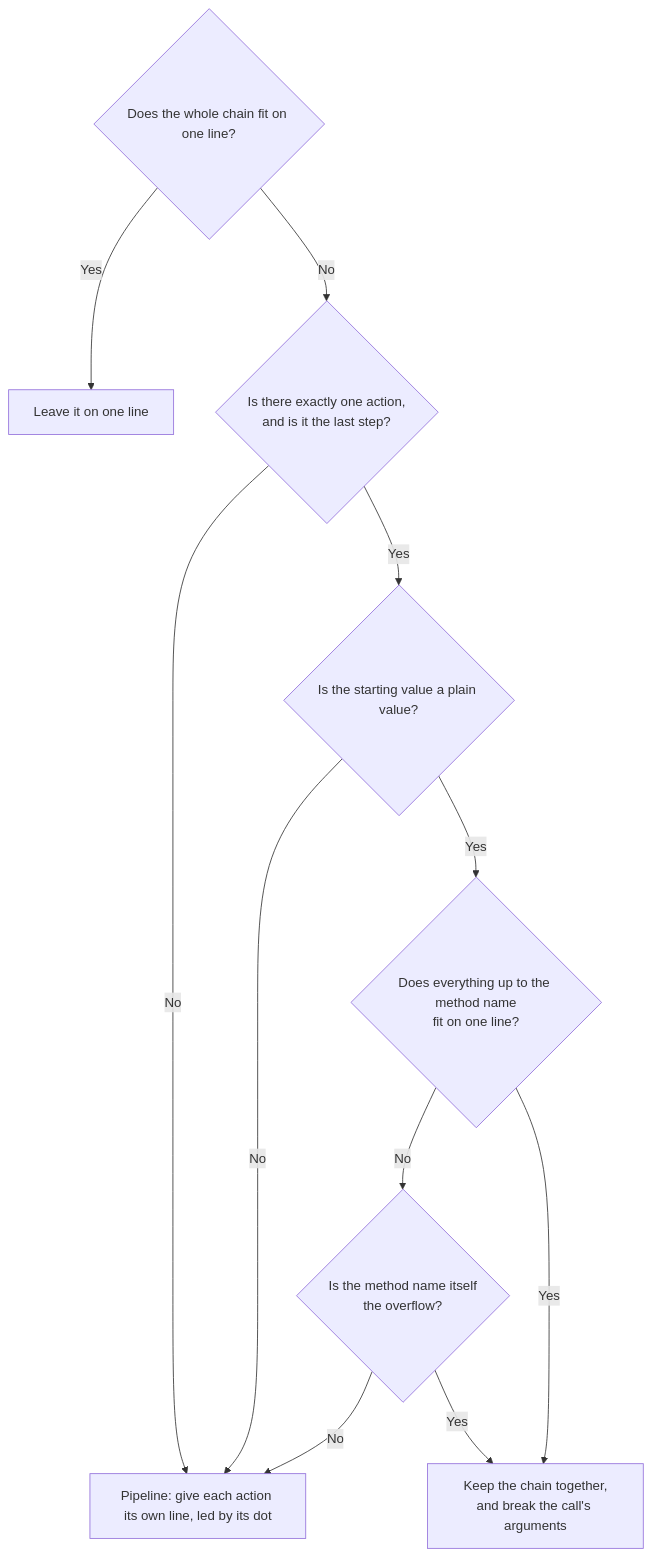
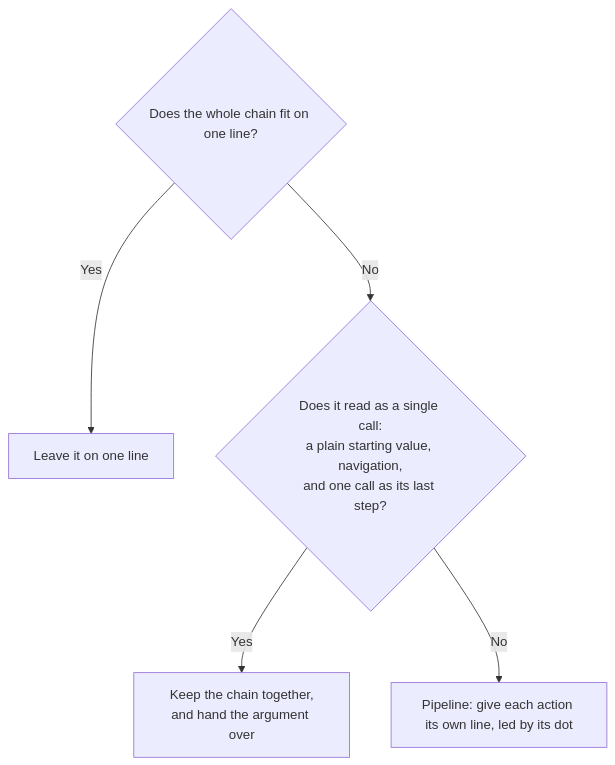
Before and after one commit to fsprojects/fantomas: the diagram in docs/docs/contributors/Chains.md, drawn with Mermaid. The commit also changed other lines of this file and 2 other files, not shown here.

````diff
--- a/docs/docs/contributors/Chains.md
+++ b/docs/docs/contributors/Chains.md
@@ -228,15 +234,8 @@
 ```mermaid
 graph TD
     A{"Does the whole chain fit on one line?"}
     A -->|Yes| B["Leave it on one line"]
-    A -->|No| C{"Is there exactly one action,\nand is it the last step?"}
-    C -->|No| P
-    C -->|Yes| D{"Is the starting value a plain value?"}
-    D -->|No| P
-    D -->|Yes| E{"Does everything up to the method name\nfit on one line?"}
-    E -->|No| F{"Is the method name itself\nthe overflow?"}
-    F -->|No| P
-    F -->|Yes| K
-    E -->|Yes| K["Keep the chain together,\nand break the call's arguments"]
-    P["Pipeline: give each action its own line, led by its dot"]
+    A -->|No| C{"Does it read as a single call:\na plain starting value, navigation,\nand one call as its last step?"}
+    C -->|Yes| K["Keep the chain together,\nand hand the argument over"]
+    C -->|No| P["Pipeline: give each action its own line, led by its dot"]
 ```
````
